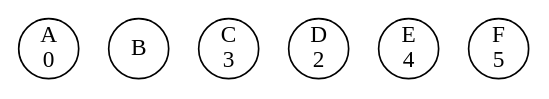
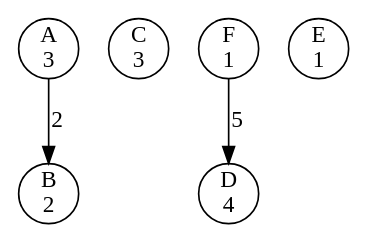
The diagram in concurrency-lab-2/bank/out/0000000010.gv (li23179/GO), drawn with Graphviz before and after one commit. The commit also changed 24 other files, not shown here.

```diff
--- a/concurrency-lab-2/bank/out/0000000010.gv
+++ b/concurrency-lab-2/bank/out/0000000010.gv
@@ -1,8 +1,10 @@
 digraph bank {
-	 0 [label= "A\n0" , pos= "1,0!" , shape=circle, fixedsize=true, width=0.5 ]
-	 1 [label= "B\n" , pos= "0,1!" , shape=circle, fixedsize=true, width=0.5 ]
+	 0 [label= "A\n3" , pos= "1,0!" , shape=circle, fixedsize=true, width=0.5 ]
+	 1 [label= "B\n2" , pos= "0,1!" , shape=circle, fixedsize=true, width=0.5 ]
 	 2 [label= "C\n3" , pos= "1,2!" , shape=circle, fixedsize=true, width=0.5 ]
-	 3 [label= "D\n2" , pos= "2,2!" , shape=circle, fixedsize=true, width=0.5 ]
-	 4 [label= "E\n4" , pos= "3,1!" , shape=circle, fixedsize=true, width=0.5 ]
-	 5 [label= "F\n5" , pos= "2,0!" , shape=circle, fixedsize=true, width=0.5 ]
+	 3 [label= "D\n4" , pos= "2,2!" , shape=circle, fixedsize=true, width=0.5 ]
+	 4 [label= "E\n1" , pos= "3,1!" , shape=circle, fixedsize=true, width=0.5 ]
+	 5 [label= "F\n1" , pos= "2,0!" , shape=circle, fixedsize=true, width=0.5 ]
+	 "5" -> "3" [label= "5" ]
+	 "0" -> "1" [label= "2" ]
 }
```
